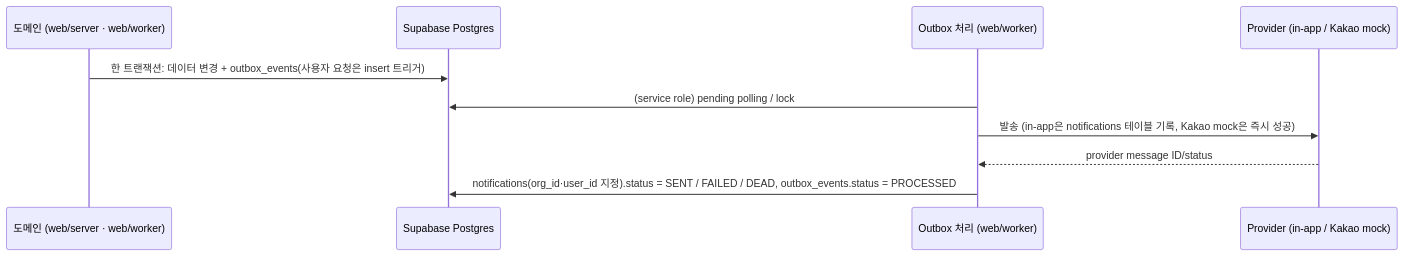
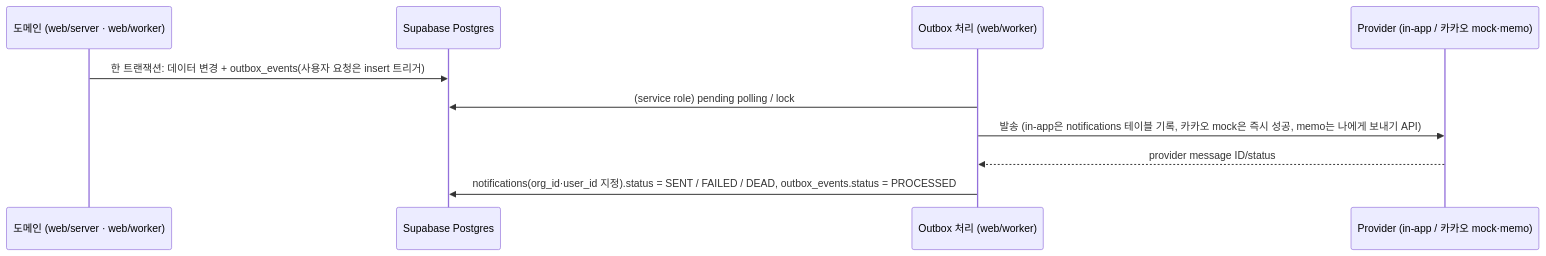
One commit to solideoai/sol-radar changed the diagram in docs/13-NOTIFICATIONS.md. Above: the diagram before and after it, drawn with Mermaid. The commit also changed other lines of this file and 12 other files, not shown here.

````diff
--- a/docs/13-NOTIFICATIONS.md
+++ b/docs/13-NOTIFICATIONS.md
@@ -28,12 +31,12 @@
 ```mermaid
 sequenceDiagram
  participant D as 도메인 (web/server · web/worker)
  participant P as Supabase Postgres
  participant W as Outbox 처리 (web/worker)
- participant C as Provider (in-app / Kakao mock)
+ participant C as Provider (in-app / 카카오 mock·memo)
  D->>P: 한 트랜잭션: 데이터 변경 + outbox_events(사용자 요청은 insert 트리거)
  W->>P: (service role) pending polling / lock
- W->>C: 발송 (in-app은 notifications 테이블 기록, Kakao mock은 즉시 성공)
+ W->>C: 발송 (in-app은 notifications 테이블 기록, 카카오 mock은 즉시 성공, memo는 나에게 보내기 API)
  C-->>W: provider message ID/status
  W->>P: notifications(org_id·user_id 지정).status = SENT / FAILED / DEAD, outbox_events.status = PROCESSED
 ```
````
